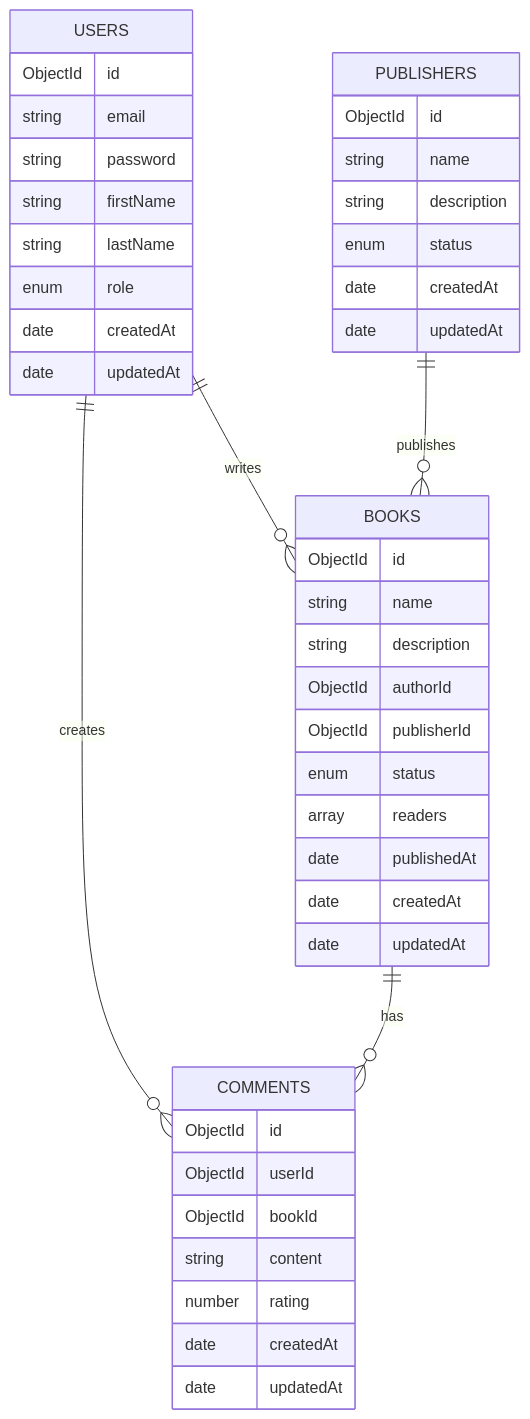
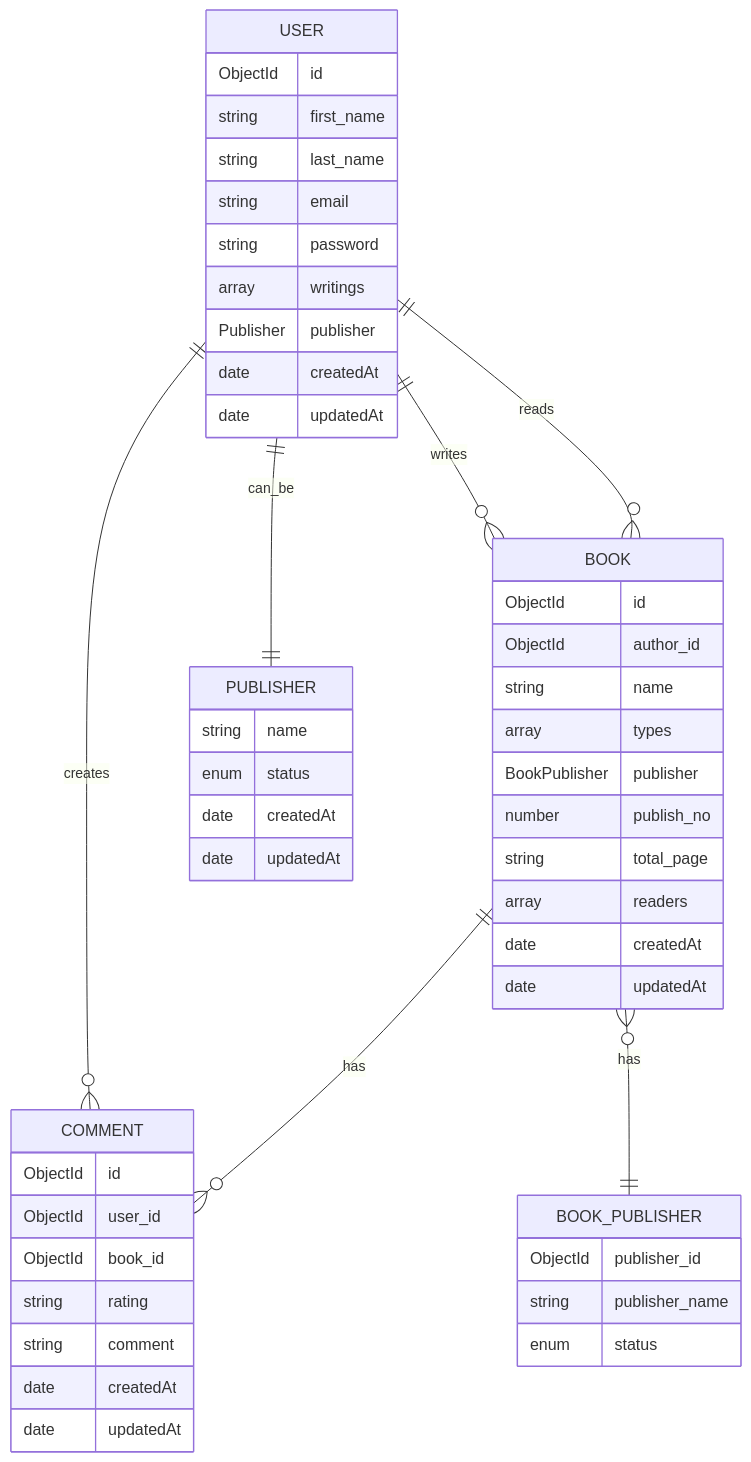
Before and after one commit to enestalayy/book-backend: the diagram in README.md, drawn with Mermaid. The commit also changed other lines of this file, not shown here.

````diff
--- a/README.md
+++ b/README.md
@@ -32,50 +33,52 @@
 ```mermaid
 erDiagram
-    USERS ||--o{ BOOKS : writes
-    USERS ||--o{ COMMENTS : creates
-    PUBLISHERS ||--o{ BOOKS : publishes
-    BOOKS ||--o{ COMMENTS : has
-    
-    USERS {
+    USER ||--o{ BOOK : writes
+    USER ||--o{ COMMENT : creates
+    BOOK ||--o{ COMMENT : has
+    BOOK }o--|| BOOK_PUBLISHER : has
+    USER ||--o{ BOOK : reads
+    USER ||--|| PUBLISHER : can_be
+    USER {
         ObjectId id
+        string first_name
+        string last_name
         string email
         string password
-        string firstName
-        string lastName
-        enum role
+        array writings
+        Publisher publisher
         date createdAt
         date updatedAt
     }
-
-    BOOKS {
+    BOOK {
         ObjectId id
+        ObjectId author_id
         string name
-        string description
-        ObjectId authorId
-        ObjectId publisherId
-        enum status
+        array types
+        BookPublisher publisher
+        number publish_no
+        string total_page
         array readers
-        date publishedAt
         date createdAt
         date updatedAt
     }
-
-    PUBLISHERS {
-        ObjectId id
+    BOOK_PUBLISHER {
+        ObjectId publisher_id
+        string publisher_name
+        enum status
+    }
+    PUBLISHER {
         string name
-        string description
         enum status
         date createdAt
         date updatedAt
     }
-
-    COMMENTS {
+    COMMENT {
         ObjectId id
-        ObjectId userId
-        ObjectId bookId
-        string content
-        number rating
+        ObjectId user_id
+        ObjectId book_id
+        string rating
+        string comment
         date createdAt
         date updatedAt
     }
 ```
````
